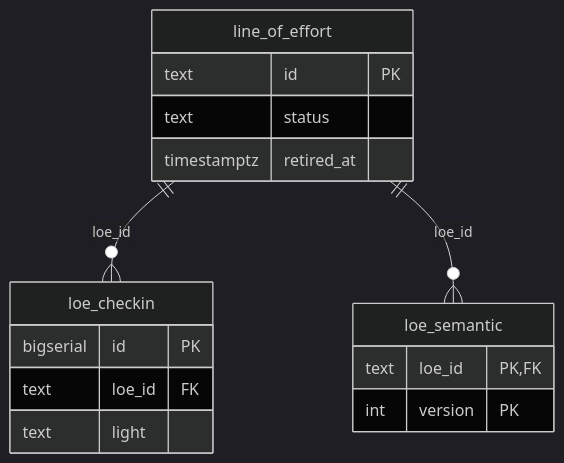
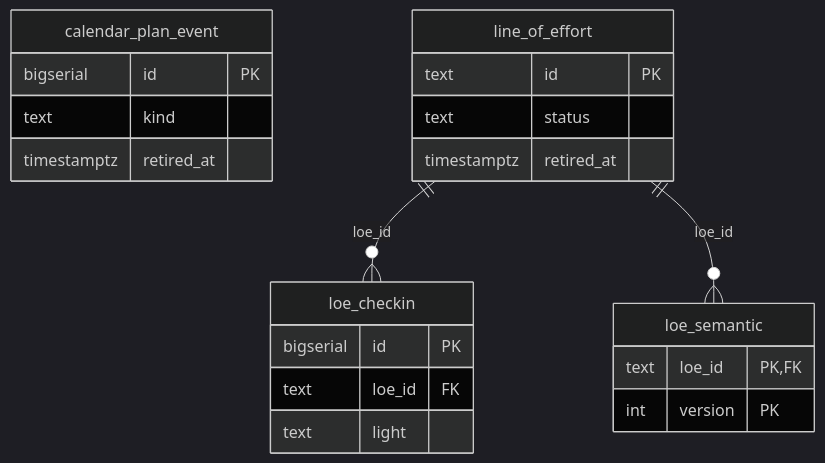
Before and after one commit to codyandrson/central-command: the ninth of 11 diagrams in docs/diagrams/data-model.md, drawn with Mermaid (dark theme). The commit also changed other lines of this file and 23 other files, not shown here.

First line of the commit message:
v2.99.0: the executive assistant blocks time for the day's plan, and the control plane records which calendar events are its own

````diff
--- a/docs/diagrams/data-model.md
+++ b/docs/diagrams/data-model.md
@@ -238,19 +238,24 @@
 ```mermaid
 erDiagram
+    calendar_plan_event {
+        bigserial id PK
+        text kind
+        timestamptz retired_at
+    }
     line_of_effort {
         text id PK
         text status
         timestamptz retired_at
     }
     loe_checkin {
         bigserial id PK
         text loe_id FK
         text light
     }
     loe_semantic {
         text loe_id PK, FK
         int version PK
     }
     line_of_effort ||--o{ loe_checkin : "loe_id"
     line_of_effort ||--o{ loe_semantic : "loe_id"
 ```
````
